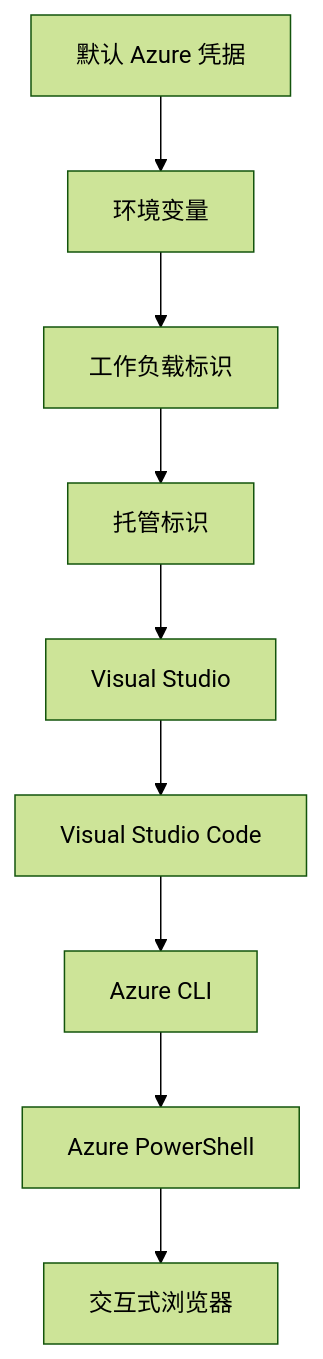
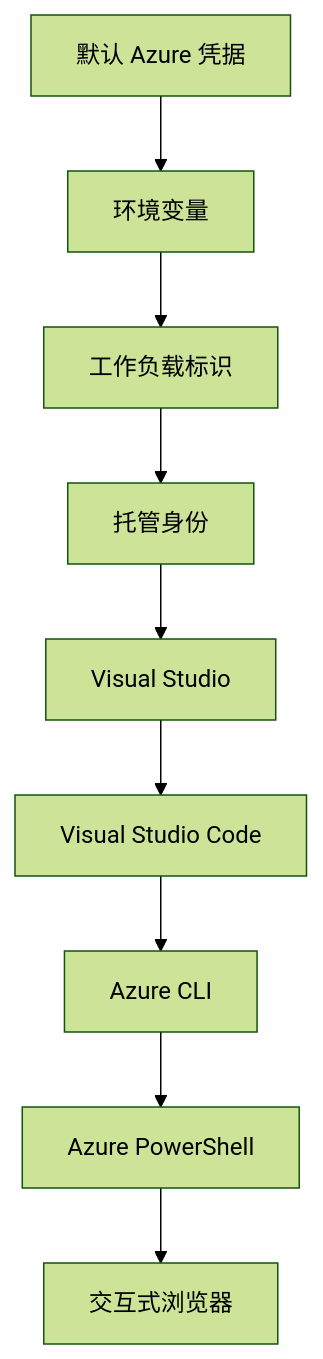
One commit to microsoft/AZD-for-beginners changed the second of 2 diagrams in translations/zh-CN/docs/chapter-01-foundation/azd-basics.md. Above: the diagram before and after it, drawn with Mermaid (forest theme). The commit also changed other lines of this file and 101 other files, not shown here.

````diff
--- a/translations/zh-CN/docs/chapter-01-foundation/azd-basics.md
+++ b/translations/zh-CN/docs/chapter-01-foundation/azd-basics.md
@@ -558,11 +593,11 @@
 ```mermaid
 graph TD
     A[默认 Azure 凭据] --> B[环境变量]
     B --> C[工作负载标识]
-    C --> D[托管标识]
+    C --> D[托管身份]
     D --> E[Visual Studio]
     E --> F[Visual Studio Code]
     F --> G[Azure CLI]
     G --> H[Azure PowerShell]
     H --> I[交互式浏览器]
 ```
````
